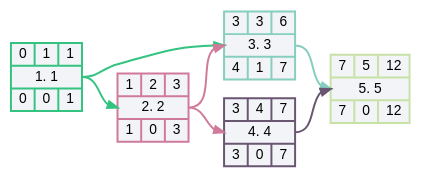
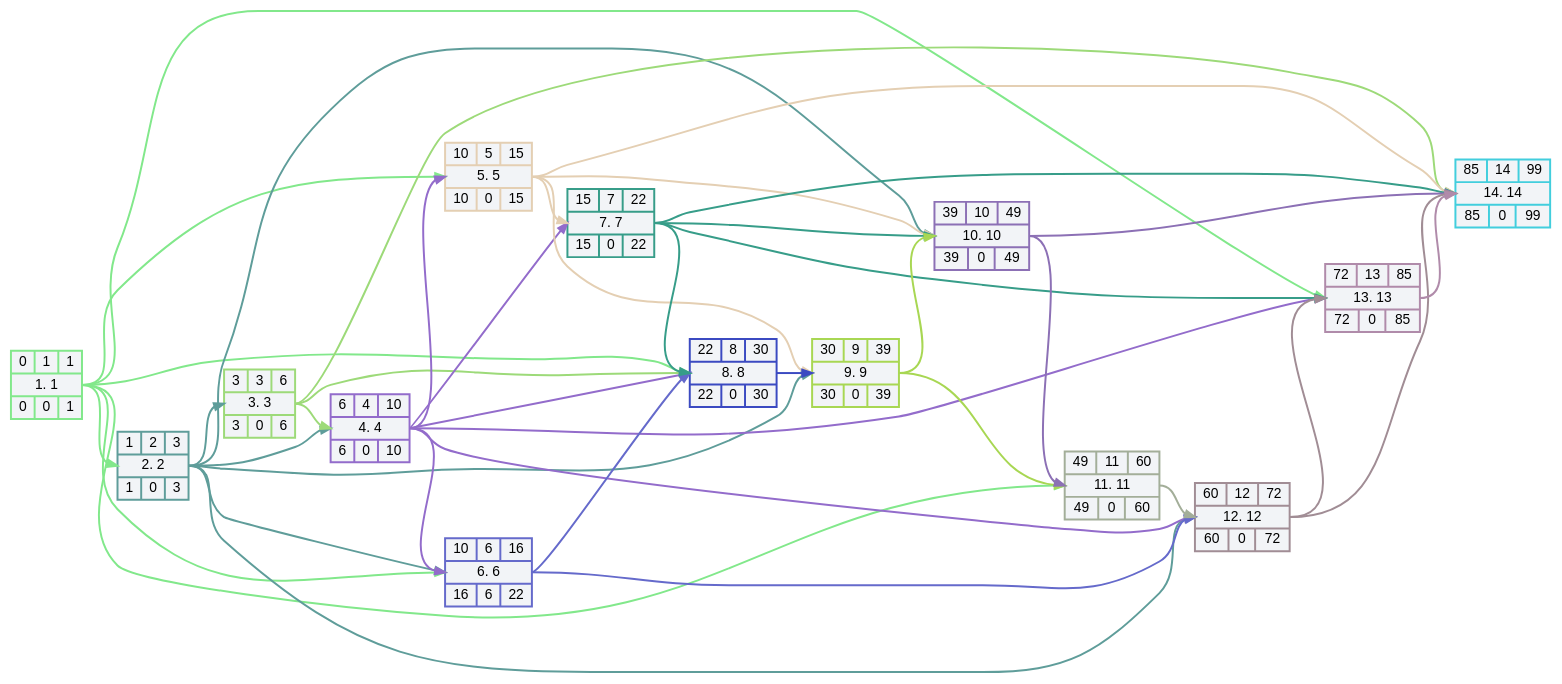
Before and after one commit to DVin-programmer/networkGraphics: the diagram in files/NetworkGraph.gv, drawn with Graphviz. The commit also changed 12 other files, not shown here.

```diff
--- a/files/NetworkGraph.gv
+++ b/files/NetworkGraph.gv
@@ -1,21 +1,64 @@
         digraph NetworkGraph
         {
            //graph [charset = "utf8"]
            rankdir = LR
            layout = dot
            splines = spline
            node [style = "filled, bold", fillcolor = "#f2f4f7", fontname = "Arial"]
            edge [penwidth = 2]
-           v1 [fontname = "Arial",color = "#34c381", shape = record, label = "{ 0 | 1 | 1 } |  <mI1> 1. 1 | {0 | 0 | 1 }"]
-   v2 [fontname = "Arial",color = "#d07a9a", shape = record, label = "{ 1 | 2 | 3 } |  <mI2> 2. 2 | {1 | 0 | 3 }"]
-   v3 [fontname = "Arial",color = "#86cebe", shape = record, label = "{ 3 | 3 | 6 } |  <mI3> 3. 3 | {4 | 1 | 7 }"]
-   v4 [fontname = "Arial",color = "#695671", shape = record, label = "{ 3 | 4 | 7 } |  <mI4> 4. 4 | {3 | 0 | 7 }"]
-   v5 [fontname = "Arial",color = "#c8e1a6", shape = record, label = "{ 7 | 5 | 12 } |  <mI5> 5. 5 | {7 | 0 | 12 }"]
-   v1:<mI1> -> v2:<mI2> [color = "#34c381"]
-   v2:<mI2> -> v3:<mI3> [color = "#d07a9a"]
-   v1:<mI1> -> v3:<mI3> [color = "#34c381"]
-   v2:<mI2> -> v4:<mI4> [color = "#d07a9a"]
-   v3:<mI3> -> v5:<mI5> [color = "#86cebe"]
-   v4:<mI4> -> v5:<mI5> [color = "#695671"]
+           v1 [fontname = "Arial",color = "#82e88b", shape = record, label = "{ 0 | 1 | 1 } |  <mI1> 1. 1 | {0 | 0 | 1 }"]
+   v2 [fontname = "Arial",color = "#5f9d9a", shape = record, label = "{ 1 | 2 | 3 } |  <mI2> 2. 2 | {1 | 0 | 3 }"]
+   v3 [fontname = "Arial",color = "#9dda79", shape = record, label = "{ 3 | 3 | 6 } |  <mI3> 3. 3 | {3 | 0 | 6 }"]
+   v4 [fontname = "Arial",color = "#936ccb", shape = record, label = "{ 6 | 4 | 10 } |  <mI4> 4. 4 | {6 | 0 | 10 }"]
+   v5 [fontname = "Arial",color = "#e4cfb3", shape = record, label = "{ 10 | 5 | 15 } |  <mI5> 5. 5 | {10 | 0 | 15 }"]
+   v6 [fontname = "Arial",color = "#656acb", shape = record, label = "{ 10 | 6 | 16 } |  <mI6> 6. 6 | {16 | 6 | 22 }"]
+   v7 [fontname = "Arial",color = "#379d89", shape = record, label = "{ 15 | 7 | 22 } |  <mI7> 7. 7 | {15 | 0 | 22 }"]
+   v8 [fontname = "Arial",color = "#3b4ac1", shape = record, label = "{ 22 | 8 | 30 } |  <mI8> 8. 8 | {22 | 0 | 30 }"]
+   v9 [fontname = "Arial",color = "#a8d753", shape = record, label = "{ 30 | 9 | 39 } |  <mI9> 9. 9 | {30 | 0 | 39 }"]
+   v10 [fontname = "Arial",color = "#8c70b5", shape = record, label = "{ 39 | 10 | 49 } |  <mI10> 10. 10 | {39 | 0 | 49 }"]
+   v11 [fontname = "Arial",color = "#a3ae99", shape = record, label = "{ 49 | 11 | 60 } |  <mI11> 11. 11 | {49 | 0 | 60 }"]
+   v12 [fontname = "Arial",color = "#a18d95", shape = record, label = "{ 60 | 12 | 72 } |  <mI12> 12. 12 | {60 | 0 | 72 }"]
+   v13 [fontname = "Arial",color = "#b08baa", shape = record, label = "{ 72 | 13 | 85 } |  <mI13> 13. 13 | {72 | 0 | 85 }"]
+   v14 [fontname = "Arial",color = "#42cedd", shape = record, label = "{ 85 | 14 | 99 } |  <mI14> 14. 14 | {85 | 0 | 99 }"]
+   v7:<mI7> -> v10:<mI10> [color = "#379d89"]
+   v9:<mI9> -> v10:<mI10> [color = "#a8d753"]
+   v9:<mI9> -> v11:<mI11> [color = "#a8d753"]
+   v7:<mI7> -> v14:<mI14> [color = "#379d89"]
+   v5:<mI5> -> v14:<mI14> [color = "#e4cfb3"]
+   v4:<mI4> -> v12:<mI12> [color = "#936ccb"]
+   v2:<mI2> -> v10:<mI10> [color = "#5f9d9a"]
+   v5:<mI5> -> v10:<mI10> [color = "#e4cfb3"]
+   v6:<mI6> -> v12:<mI12> [color = "#656acb"]
+   v7:<mI7> -> v13:<mI13> [color = "#379d89"]
+   v2:<mI2> -> v12:<mI12> [color = "#5f9d9a"]
+   v1:<mI1> -> v11:<mI11> [color = "#82e88b"]
+   v1:<mI1> -> v13:<mI13> [color = "#82e88b"]
+   v3:<mI3> -> v14:<mI14> [color = "#9dda79"]
+   v4:<mI4> -> v13:<mI13> [color = "#936ccb"]
+   v1:<mI1> -> v2:<mI2> [color = "#82e88b"]
+   v2:<mI2> -> v3:<mI3> [color = "#5f9d9a"]
+   v2:<mI2> -> v4:<mI4> [color = "#5f9d9a"]
+   v3:<mI3> -> v4:<mI4> [color = "#9dda79"]
+   v4:<mI4> -> v5:<mI5> [color = "#936ccb"]
+   v1:<mI1> -> v5:<mI5> [color = "#82e88b"]
+   v4:<mI4> -> v6:<mI6> [color = "#936ccb"]
+   v1:<mI1> -> v6:<mI6> [color = "#82e88b"]
+   v2:<mI2> -> v6:<mI6> [color = "#5f9d9a"]
+   v4:<mI4> -> v7:<mI7> [color = "#936ccb"]
+   v5:<mI5> -> v7:<mI7> [color = "#e4cfb3"]
+   v3:<mI3> -> v8:<mI8> [color = "#9dda79"]
+   v4:<mI4> -> v8:<mI8> [color = "#936ccb"]
+   v6:<mI6> -> v8:<mI8> [color = "#656acb"]
+   v7:<mI7> -> v8:<mI8> [color = "#379d89"]
+   v1:<mI1> -> v8:<mI8> [color = "#82e88b"]
+   v5:<mI5> -> v9:<mI9> [color = "#e4cfb3"]
+   v8:<mI8> -> v9:<mI9> [color = "#3b4ac1"]
+   v2:<mI2> -> v9:<mI9> [color = "#5f9d9a"]
+   v10:<mI10> -> v11:<mI11> [color = "#8c70b5"]
+   v11:<mI11> -> v12:<mI12> [color = "#a3ae99"]
+   v12:<mI12> -> v13:<mI13> [color = "#a18d95"]
+   v13:<mI13> -> v14:<mI14> [color = "#b08baa"]
+   v12:<mI12> -> v14:<mI14> [color = "#a18d95"]
+   v10:<mI10> -> v14:<mI14> [color = "#8c70b5"]
 
 }
```
